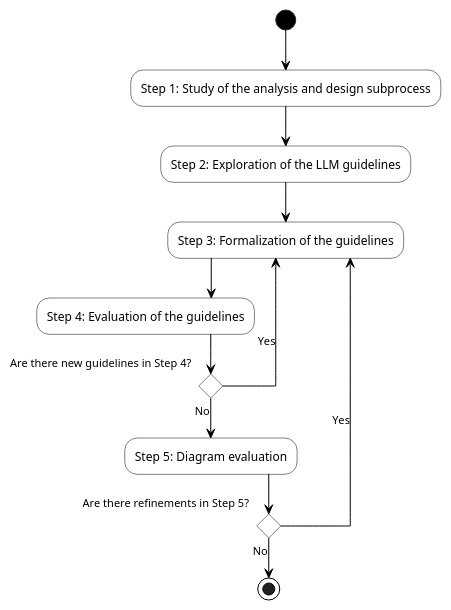
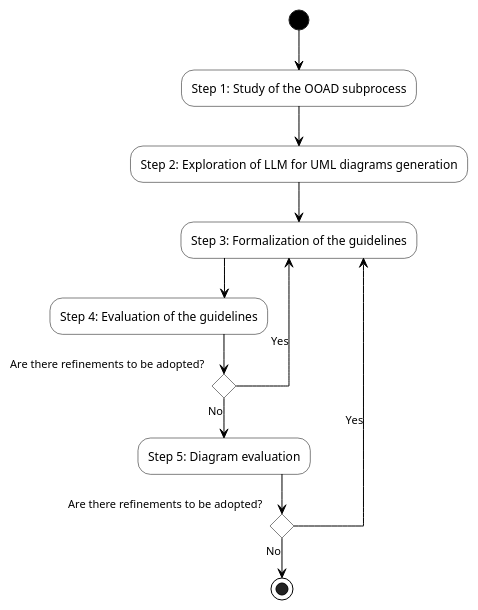
The diagram in DescricaoProjeto/diagAtividades-Metodologia-en.puml (carloshenriquehannas/TCC), drawn with PlantUML before and after one commit. The commit also changed 7 other files, not shown here.

```diff
--- a/DescricaoProjeto/diagAtividades-Metodologia-en.puml
+++ b/DescricaoProjeto/diagAtividades-Metodologia-en.puml
@@ -1,37 +1,37 @@
 @startuml diagAtividades-Metodologia-en
 
 skinparam linetype ortho
 skinparam shadowing false
 skinparam monochrome true
 top to bottom direction
 
 skinparam activity {
   BackgroundColor #FFFFFF                      
   BorderColor      #000000                     
   FontColor        #000000                     
 }
 
 skinparam ActivityStartColor #000000
 skinparam ActivityEndColor   #000000           
 skinparam ArrowColor         #000000  
 
 skinparam activityDiamondBackgroundColor #FFFFFF    
 skinparam activityDiamondBorderColor     #000000
 
-(*) --> "Step 1: Study of the analysis and design subprocess" as e1
-e1  --> "Step 2: Exploration of the LLM guidelines"           as e2
+(*) --> "Step 1: Study of the OOAD subprocess"                as e1
+e1  --> "Step 2: Exploration of LLM for UML diagrams generation"           as e2
 e2  --> "Step 3: Formalization of the guidelines"             as e3
 e3  --> "Step 4: Evaluation of the guidelines"
 
-if "Are there new guidelines in Step 4?" then
+if "Are there refinements to be adopted?" then
   --> [Yes]  e3
 else
   -->[No] "Step 5: Diagram evaluation"                        as e5                        
 endif
 
-if "Are there refinements in Step 5?" then
+if "Are there refinements to be adopted?" then
   -->[Yes]  e3
 else
   -->[No] (*)                        
 endif
 @enduml
```
